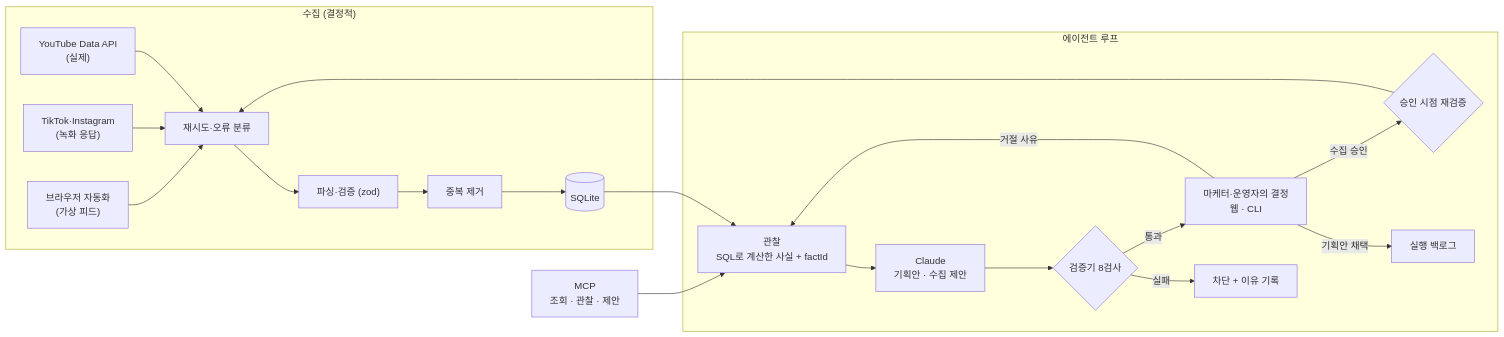
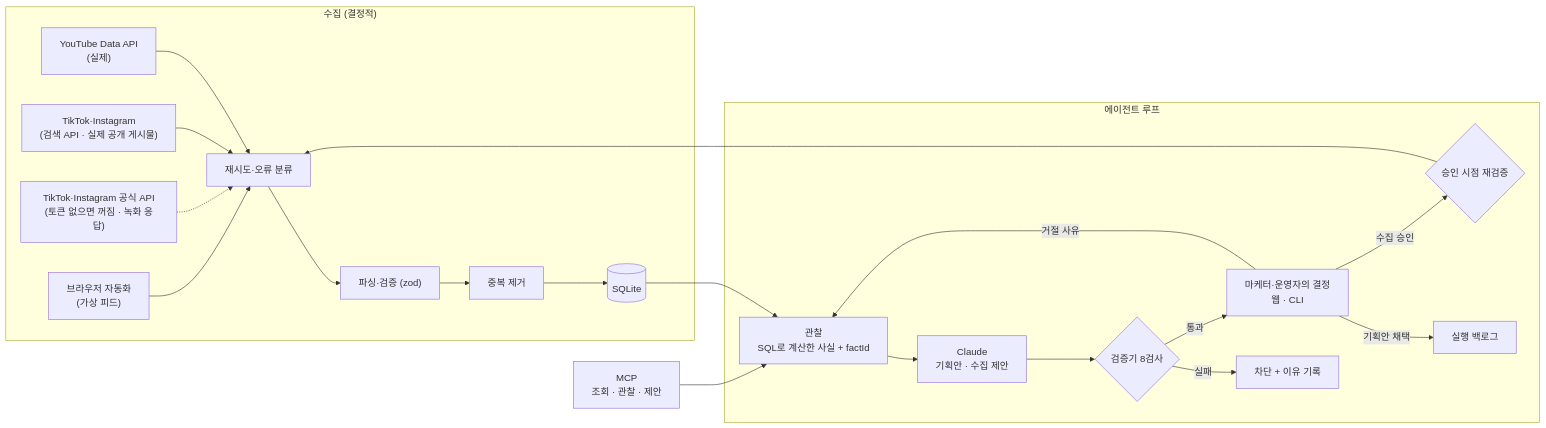
The diagram in README.md (jjikkobro/marketing-tool-sy), drawn with Mermaid before and after one commit. The commit also changed other lines of this file and 21 other files, not shown here.

First line of the commit message:
feat: TikTok·Instagram 공식 API 비활성화, 검색 API로 실제 공개 게시물 수집, Docker 빌드 수정

````diff
--- a/README.md
+++ b/README.md
@@ -51,20 +51,21 @@
 ```mermaid
 flowchart LR
   subgraph collect["수집 (결정적)"]
     YT["YouTube Data API<br/>(실제)"] --> R
-    TT["TikTok·Instagram<br/>(녹화 응답)"] --> R
+    SE["TikTok·Instagram<br/>(검색 API · 실제 공개 게시물)"] --> R
+    TT["TikTok·Instagram 공식 API<br/>(토큰 없으면 꺼짐 · 녹화 응답)"] -.-> R
     BR["브라우저 자동화<br/>(가상 피드)"] --> R
     R[재시도·오류 분류] --> P["파싱·검증 (zod)"] --> D[중복 제거] --> DB[(SQLite)]
   end
   subgraph agent["에이전트 루프"]
     DB --> O["관찰<br/>SQL로 계산한 사실 + factId"]
     O --> L["Claude<br/>기획안 · 수집 제안"]
     L --> G{"검증기 8검사"}
     G -->|실패| B[차단 + 이유 기록]
     G -->|통과| H["마케터·운영자의 결정<br/>웹 · CLI"]
     H -->|기획안 채택| BL[실행 백로그]
     H -->|수집 승인| RE{승인 시점 재검증} --> R
     H -->|거절 사유| O
   end
   MCP["MCP<br/>조회 · 관찰 · 제안"] --> O
 ```
````
